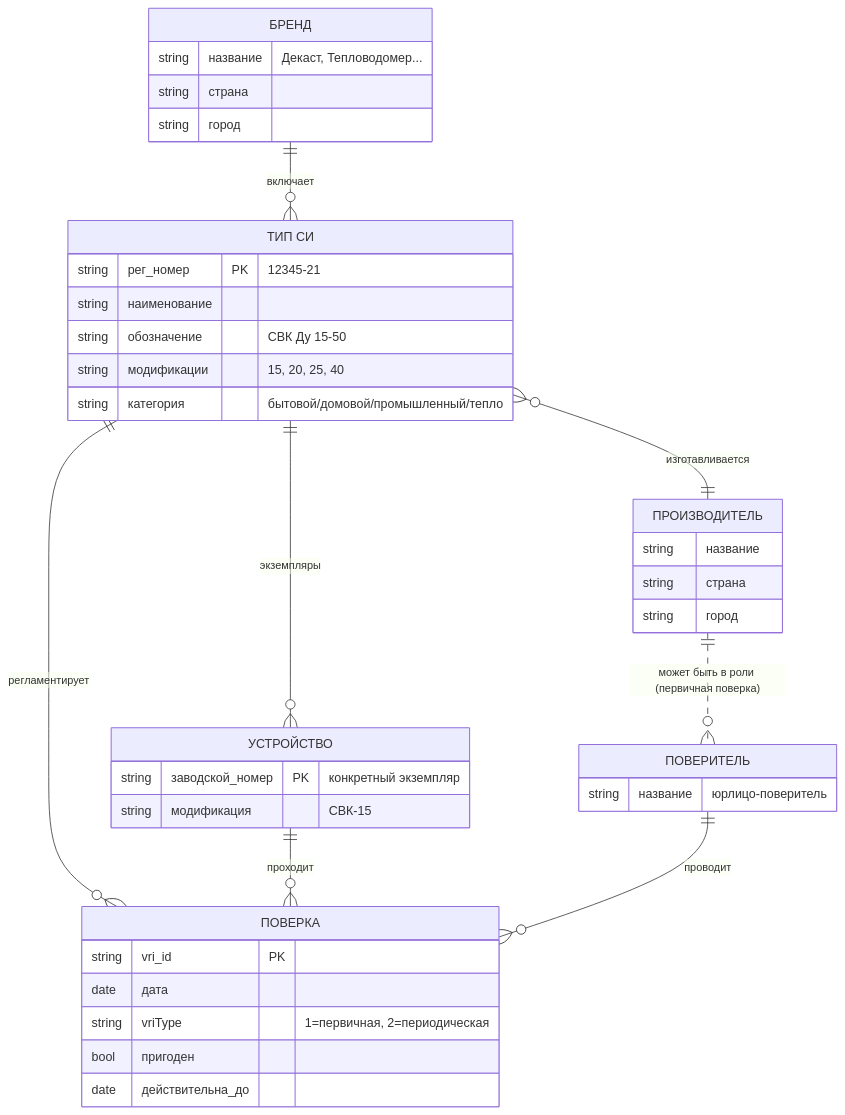
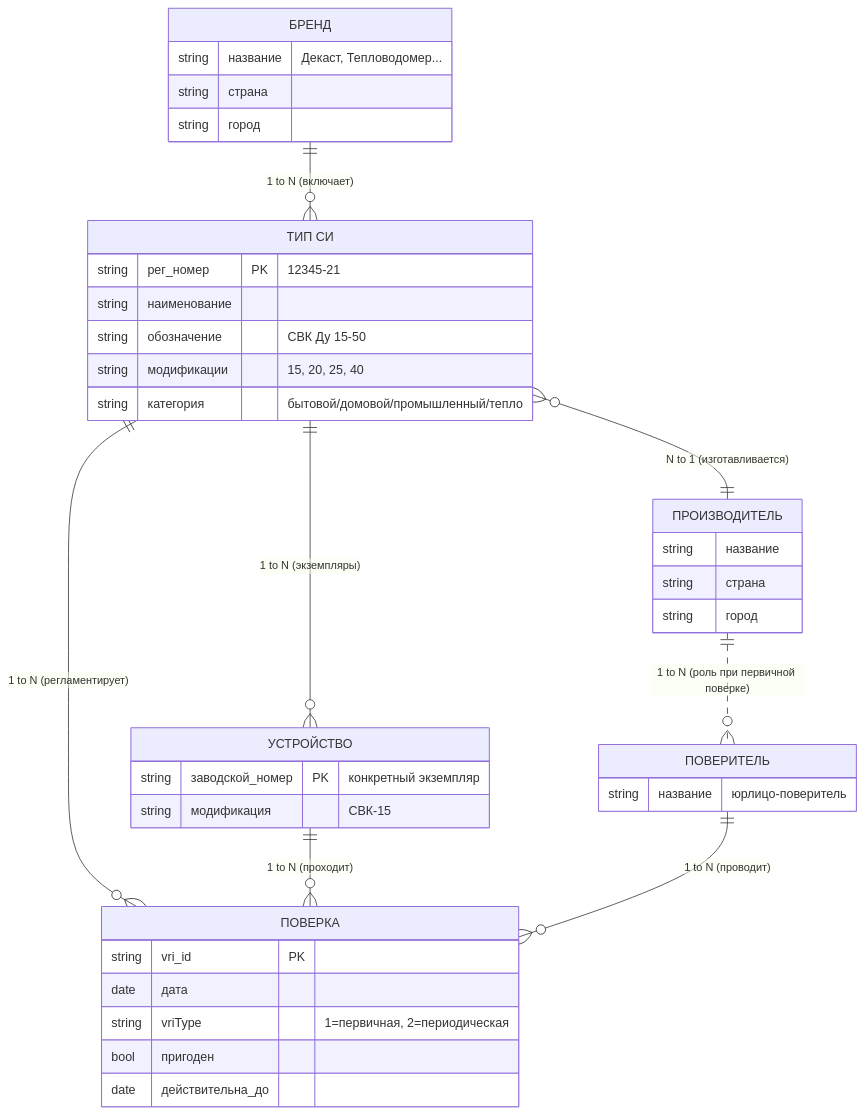
One commit to toptyga88/ARSHIN changed the diagram in README.md. Above: the diagram before and after it, drawn with Mermaid. The commit also changed other lines of this file, not shown here.

````diff
--- a/README.md
+++ b/README.md
@@ -215,47 +22,47 @@
 ```mermaid
 erDiagram
-    БРЕНД ||--o{ "ТИП СИ" : "включает"
-    "ТИП СИ" }o--|| ПРОИЗВОДИТЕЛЬ : "изготавливается"
-    "ТИП СИ" ||--o{ УСТРОЙСТВО : "экземпляры"
-    "ТИП СИ" ||--o{ ПОВЕРКА : "регламентирует"
-    УСТРОЙСТВО ||--o{ ПОВЕРКА : "проходит"
-    ПОВЕРИТЕЛЬ ||--o{ ПОВЕРКА : "проводит"
-    ПРОИЗВОДИТЕЛЬ ||..o{ ПОВЕРИТЕЛЬ : "может быть в роли (первичная поверка)"
+    БРЕНД ||--o{ "ТИП СИ" : "1 to N (включает)"
+    "ТИП СИ" }o--|| ПРОИЗВОДИТЕЛЬ : "N to 1 (изготавливается)"
+    "ТИП СИ" ||--o{ УСТРОЙСТВО : "1 to N (экземпляры)"
+    "ТИП СИ" ||--o{ ПОВЕРКА : "1 to N (регламентирует)"
+    УСТРОЙСТВО ||--o{ ПОВЕРКА : "1 to N (проходит)"
+    ПОВЕРИТЕЛЬ ||--o{ ПОВЕРКА : "1 to N (проводит)"
+    ПРОИЗВОДИТЕЛЬ ||..o{ ПОВЕРИТЕЛЬ : "1 to N (роль при первичной поверке)"
 
     БРЕНД {
         string название "Декаст, Тепловодомер..."
         string страна
         string город
     }
 
     "ТИП СИ" {
         string рег_номер PK "12345-21"
         string наименование
         string обозначение "СВК Ду 15-50"
         string модификации "15, 20, 25, 40"
         string категория "бытовой/домовой/промышленный/тепло"
     }
 
     ПРОИЗВОДИТЕЛЬ {
         string название
         string страна
         string город
     }
 
     УСТРОЙСТВО {
         string заводской_номер PK "конкретный экземпляр"
         string модификация "СВК-15"
     }
 
     ПОВЕРКА {
         string vri_id PK
         date дата
         string vriType "1=первичная, 2=периодическая"
         bool пригоден
         date действительна_до
     }
 
     ПОВЕРИТЕЛЬ {
         string название "юрлицо-поверитель"
     }
 ```
````
